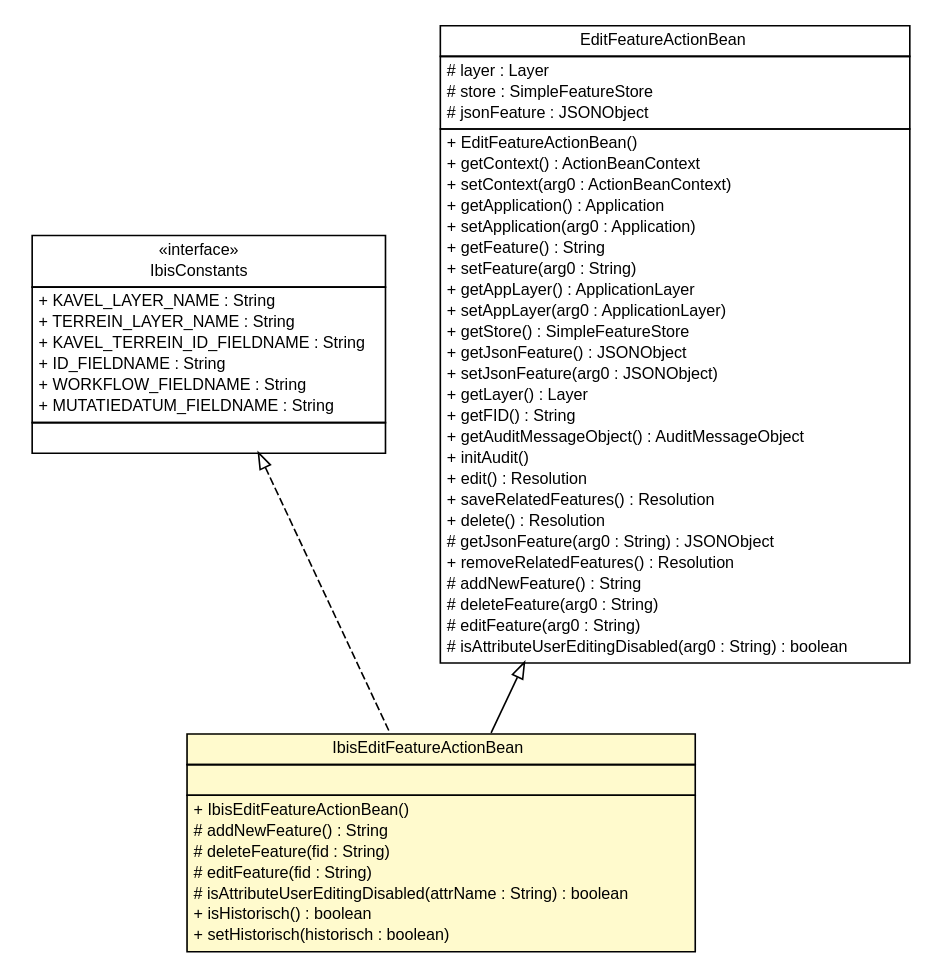
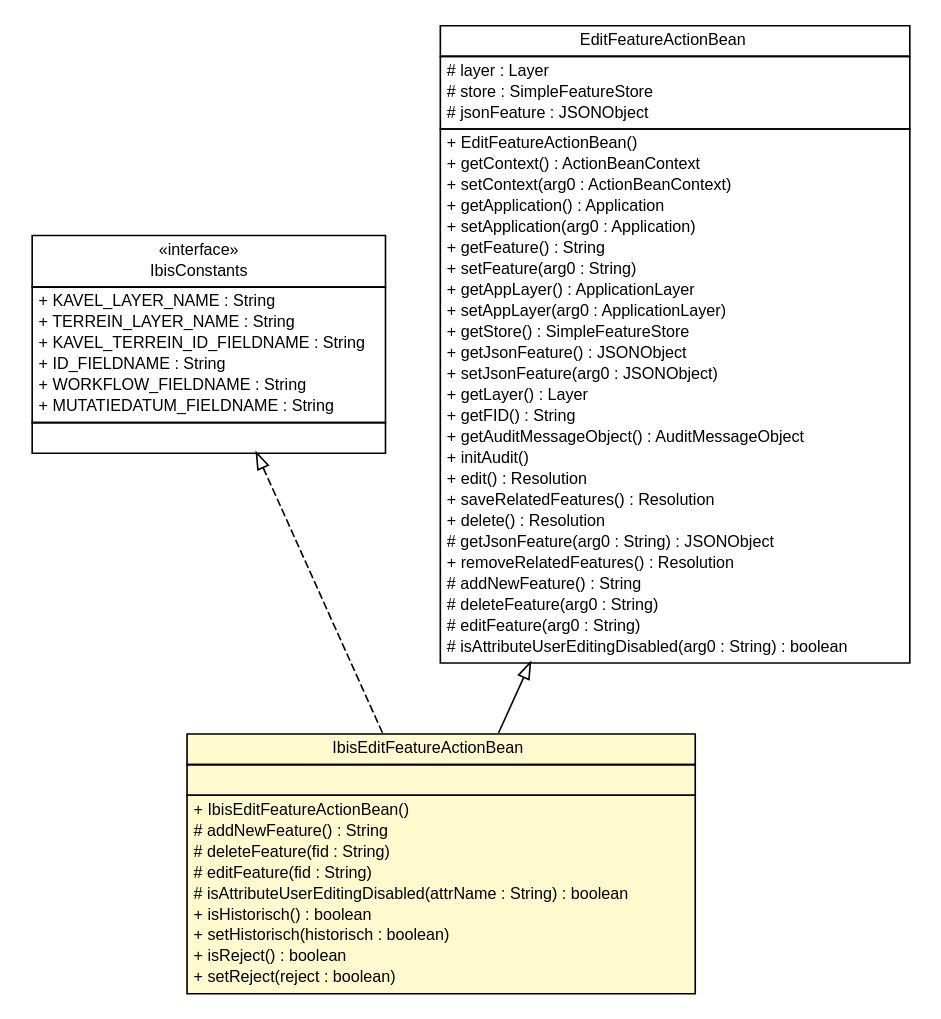
One commit to B3Partners/flamingo-ibis changed the diagram in ibis-viewer/apidocs/nl/b3p/viewer/stripes/IbisEditFeatureActionBean.dot. Above: the diagram before and after it, drawn with Graphviz. The commit also changed 162 other files, not shown here.

```diff
--- a/ibis-viewer/apidocs/nl/b3p/viewer/stripes/IbisEditFeatureActionBean.dot
+++ b/ibis-viewer/apidocs/nl/b3p/viewer/stripes/IbisEditFeatureActionBean.dot
@@ -1,90 +1,92 @@
 #!/usr/local/bin/dot
 #
 # Class diagram 
 # Generated by UMLGraph version R5_6-24-gf6e263 (http://www.umlgraph.org/)
 #
 
 digraph G {
 	edge [fontname="Helvetica",fontsize=10,labelfontname="Helvetica",labelfontsize=10];
 	node [fontname="Helvetica",fontsize=10,shape=plaintext];
 	nodesep=0.25;
 	ranksep=0.5;
 	// nl.b3p.viewer.stripes.IbisEditFeatureActionBean
 	c208 [label=<<table title="nl.b3p.viewer.stripes.IbisEditFeatureActionBean" border="0" cellborder="1" cellspacing="0" cellpadding="2" port="p" bgcolor="lemonChiffon" href="./IbisEditFeatureActionBean.html">
 		<tr><td><table border="0" cellspacing="0" cellpadding="1">
 <tr><td align="center" balign="center"> IbisEditFeatureActionBean </td></tr>
 		</table></td></tr>
 		<tr><td><table border="0" cellspacing="0" cellpadding="1">
 <tr><td align="left" balign="left">  </td></tr>
 		</table></td></tr>
 		<tr><td><table border="0" cellspacing="0" cellpadding="1">
 <tr><td align="left" balign="left"> + IbisEditFeatureActionBean() </td></tr>
 <tr><td align="left" balign="left"> # addNewFeature() : String </td></tr>
 <tr><td align="left" balign="left"> # deleteFeature(fid : String) </td></tr>
 <tr><td align="left" balign="left"> # editFeature(fid : String) </td></tr>
 <tr><td align="left" balign="left"> # isAttributeUserEditingDisabled(attrName : String) : boolean </td></tr>
 <tr><td align="left" balign="left"> + isHistorisch() : boolean </td></tr>
 <tr><td align="left" balign="left"> + setHistorisch(historisch : boolean) </td></tr>
+<tr><td align="left" balign="left"> + isReject() : boolean </td></tr>
+<tr><td align="left" balign="left"> + setReject(reject : boolean) </td></tr>
 		</table></td></tr>
 		</table>>, URL="./IbisEditFeatureActionBean.html", fontname="Helvetica", fontcolor="black", fontsize=10.0];
 	// nl.b3p.viewer.ibis.util.IbisConstants
 	c215 [label=<<table title="nl.b3p.viewer.ibis.util.IbisConstants" border="0" cellborder="1" cellspacing="0" cellpadding="2" port="p" href="../ibis/util/IbisConstants.html">
 		<tr><td><table border="0" cellspacing="0" cellpadding="1">
 <tr><td align="center" balign="center"> &#171;interface&#187; </td></tr>
 <tr><td align="center" balign="center"> IbisConstants </td></tr>
 		</table></td></tr>
 		<tr><td><table border="0" cellspacing="0" cellpadding="1">
 <tr><td align="left" balign="left"> + KAVEL_LAYER_NAME : String </td></tr>
 <tr><td align="left" balign="left"> + TERREIN_LAYER_NAME : String </td></tr>
 <tr><td align="left" balign="left"> + KAVEL_TERREIN_ID_FIELDNAME : String </td></tr>
 <tr><td align="left" balign="left"> + ID_FIELDNAME : String </td></tr>
 <tr><td align="left" balign="left"> + WORKFLOW_FIELDNAME : String </td></tr>
 <tr><td align="left" balign="left"> + MUTATIEDATUM_FIELDNAME : String </td></tr>
 		</table></td></tr>
 		<tr><td><table border="0" cellspacing="0" cellpadding="1">
 <tr><td align="left" balign="left">  </td></tr>
 		</table></td></tr>
 		</table>>, URL="../ibis/util/IbisConstants.html", fontname="Helvetica", fontcolor="black", fontsize=10.0];
 	//nl.b3p.viewer.stripes.IbisEditFeatureActionBean extends nl.b3p.viewer.stripes.EditFeatureActionBean
 	c217:p -> c208:p [dir=back,arrowtail=empty];
 	//nl.b3p.viewer.stripes.IbisEditFeatureActionBean implements nl.b3p.viewer.ibis.util.IbisConstants
 	c215:p -> c208:p [dir=back,arrowtail=empty,style=dashed];
 	// nl.b3p.viewer.stripes.EditFeatureActionBean
 	c217 [label=<<table title="nl.b3p.viewer.stripes.EditFeatureActionBean" border="0" cellborder="1" cellspacing="0" cellpadding="2" port="p">
 		<tr><td><table border="0" cellspacing="0" cellpadding="1">
 <tr><td align="center" balign="center"> EditFeatureActionBean </td></tr>
 		</table></td></tr>
 		<tr><td><table border="0" cellspacing="0" cellpadding="1">
 <tr><td align="left" balign="left"> # layer : Layer </td></tr>
 <tr><td align="left" balign="left"> # store : SimpleFeatureStore </td></tr>
 <tr><td align="left" balign="left"> # jsonFeature : JSONObject </td></tr>
 		</table></td></tr>
 		<tr><td><table border="0" cellspacing="0" cellpadding="1">
 <tr><td align="left" balign="left"> + EditFeatureActionBean() </td></tr>
 <tr><td align="left" balign="left"> + getContext() : ActionBeanContext </td></tr>
 <tr><td align="left" balign="left"> + setContext(arg0 : ActionBeanContext) </td></tr>
 <tr><td align="left" balign="left"> + getApplication() : Application </td></tr>
 <tr><td align="left" balign="left"> + setApplication(arg0 : Application) </td></tr>
 <tr><td align="left" balign="left"> + getFeature() : String </td></tr>
 <tr><td align="left" balign="left"> + setFeature(arg0 : String) </td></tr>
 <tr><td align="left" balign="left"> + getAppLayer() : ApplicationLayer </td></tr>
 <tr><td align="left" balign="left"> + setAppLayer(arg0 : ApplicationLayer) </td></tr>
 <tr><td align="left" balign="left"> + getStore() : SimpleFeatureStore </td></tr>
 <tr><td align="left" balign="left"> + getJsonFeature() : JSONObject </td></tr>
 <tr><td align="left" balign="left"> + setJsonFeature(arg0 : JSONObject) </td></tr>
 <tr><td align="left" balign="left"> + getLayer() : Layer </td></tr>
 <tr><td align="left" balign="left"> + getFID() : String </td></tr>
 <tr><td align="left" balign="left"> + getAuditMessageObject() : AuditMessageObject </td></tr>
 <tr><td align="left" balign="left"> + initAudit() </td></tr>
 <tr><td align="left" balign="left"> + edit() : Resolution </td></tr>
 <tr><td align="left" balign="left"> + saveRelatedFeatures() : Resolution </td></tr>
 <tr><td align="left" balign="left"> + delete() : Resolution </td></tr>
 <tr><td align="left" balign="left"> # getJsonFeature(arg0 : String) : JSONObject </td></tr>
 <tr><td align="left" balign="left"> + removeRelatedFeatures() : Resolution </td></tr>
 <tr><td align="left" balign="left"> # addNewFeature() : String </td></tr>
 <tr><td align="left" balign="left"> # deleteFeature(arg0 : String) </td></tr>
 <tr><td align="left" balign="left"> # editFeature(arg0 : String) </td></tr>
 <tr><td align="left" balign="left"> # isAttributeUserEditingDisabled(arg0 : String) : boolean </td></tr>
 		</table></td></tr>
 		</table>>, URL="null", fontname="Helvetica", fontcolor="black", fontsize=10.0];
 }
```
